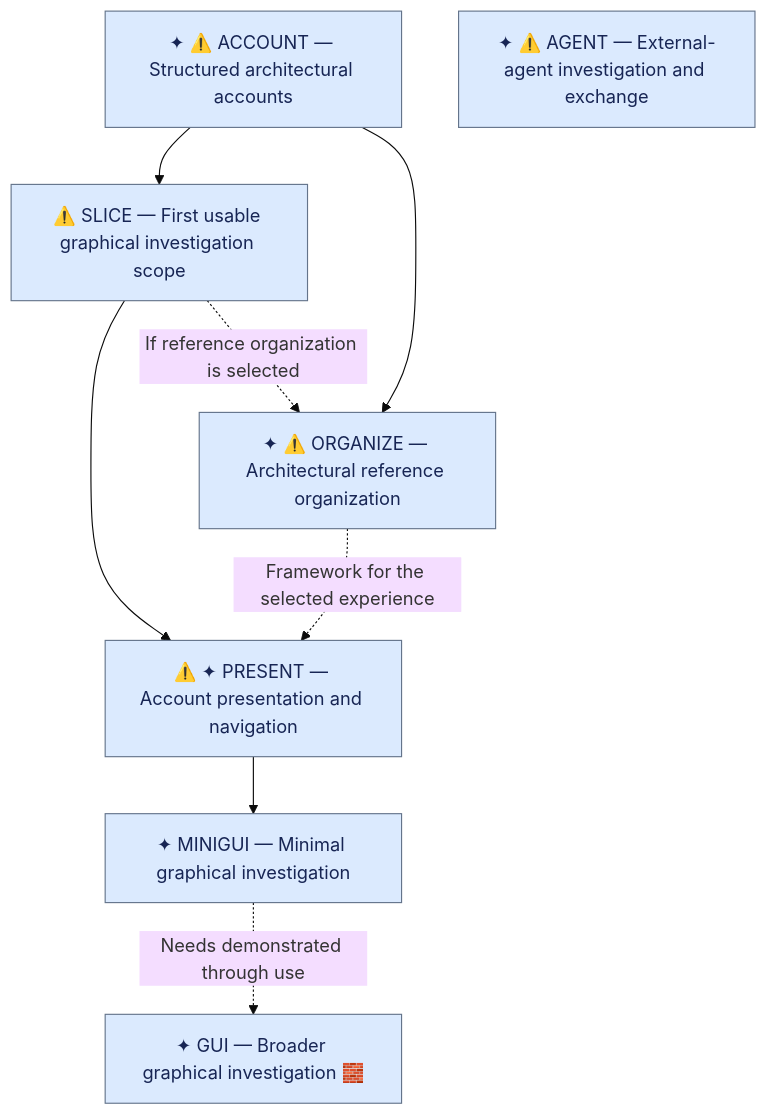
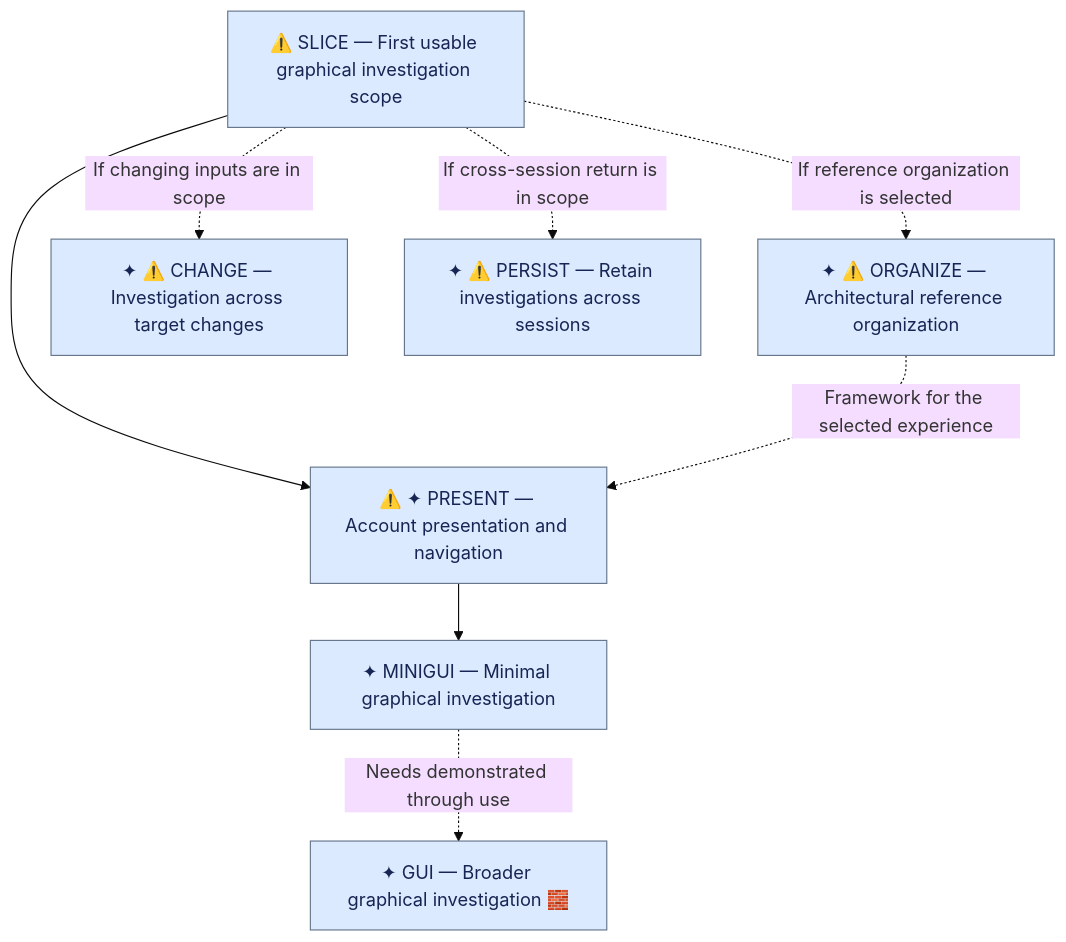
Before and after one commit to ronen/postcode: the diagram in steering/upcoming-work.md, drawn with Mermaid (base theme). The commit also changed other lines of this file and 1 other file, not shown here.

Commit message:
Update upcoming work after structured-account implementation

````diff
--- a/steering/upcoming-work.md
+++ b/steering/upcoming-work.md
@@ -75,13 +75,12 @@
 ```mermaid
 flowchart TD
-    ACCOUNT["✦ ⚠️ ACCOUNT — Structured architectural accounts"] --> SLICE["⚠️ SLICE — First usable graphical investigation scope"]
-    SLICE --> PRESENT["⚠️ ✦ PRESENT — Account presentation and navigation"]
-    ACCOUNT --> ORGANIZE["✦ ⚠️ ORGANIZE — Architectural reference organization"]
-    SLICE -. If reference organization is selected .-> ORGANIZE
+    SLICE["⚠️ SLICE — First usable graphical investigation scope"] --> PRESENT["⚠️ ✦ PRESENT — Account presentation and navigation"]
+    SLICE -. If reference organization is selected .-> ORGANIZE["✦ ⚠️ ORGANIZE — Architectural reference organization"]
     ORGANIZE -. Framework for the selected experience .-> PRESENT
     PRESENT --> MINIGUI["✦ MINIGUI — Minimal graphical investigation"]
     MINIGUI -. Needs demonstrated through use .-> GUI["✦ GUI — Broader graphical investigation 🧱"]
-    AGENT["✦ ⚠️ AGENT — External-agent investigation and exchange"]
+    SLICE -. If changing inputs are in scope .-> CHANGE["✦ ⚠️ CHANGE — Investigation across target changes"]
+    SLICE -. If cross-session return is in scope .-> PERSIST["✦ ⚠️ PERSIST — Retain investigations across sessions"]
 
     classDef default fill:#dbeafe,stroke:#64748b,color:#172554
 ```
````
